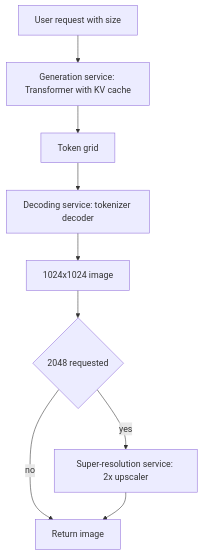
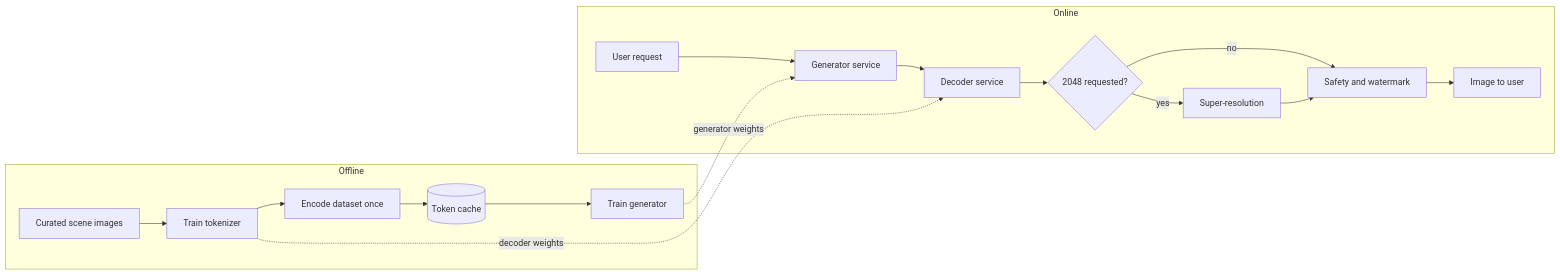
Before and after one commit to johklo/johklo.github.io: the first of 5 diagrams in content/docs/tech/generative-ai-system-design-interview/08-high-resolution-image-synthesis.md, drawn with Mermaid. The commit also changed other lines of this file and 10 other files, not shown here.

````diff
--- a/content/docs/tech/generative-ai-system-design-interview/08-high-resolution-image-synthesis.md
+++ b/content/docs/tech/generative-ai-system-design-interview/08-high-resolution-image-synthesis.md
@@ -63,13 +48,22 @@
 ```mermaid
-flowchart TD
-  accTitle: High-resolution image synthesis serving path
-  accDescr: A request reaches the generation service, which runs the Transformer to produce a token grid. The decoding service turns tokens into a 1024 pixel image. If 2048 pixels were requested, a super-resolution service upscales it before returning.
-  U[User request with size] --> GS[Generation service: Transformer with KV cache]
-  GS --> TG[Token grid]
-  TG --> DS[Decoding service: tokenizer decoder]
-  DS --> IMG1[1024x1024 image]
-  IMG1 --> R{2048 requested}
-  R -->|no| OUT[Return image]
-  R -->|yes| SR[Super-resolution service: 2x upscaler]
-  SR --> OUT
+flowchart LR
+  accTitle: End-to-end view of offline training and online generation
+  accDescr: Offline, curated images train the tokenizer, the tokenizer encodes the dataset into cached token sequences, and those sequences train the Transformer generator. Online, a request goes to the generator, the token grid is decoded to a 1024 pixel image, optionally upscaled to 2048, filtered and returned.
+  subgraph Offline
+    D[Curated scene images] --> TT[Train tokenizer]
+    TT --> ENC[Encode dataset once]
+    ENC --> CACHE[(Token cache)]
+    CACHE --> TG[Train generator]
+  end
+  subgraph Online
+    REQ[User request] --> GEN[Generator service]
+    GEN --> DEC[Decoder service]
+    DEC --> SR{"2048 requested?"}
+    SR -->|yes| UP[Super-resolution]
+    SR -->|no| SAFE[Safety and watermark]
+    UP --> SAFE
+    SAFE --> OUT[Image to user]
+  end
+  TT -. decoder weights .-> DEC
+  TG -. generator weights .-> GEN
 ```
````
